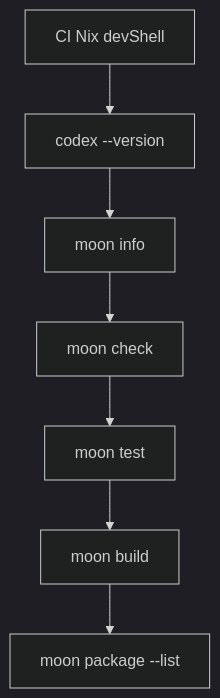
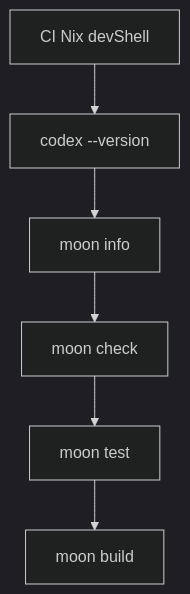
One commit to totto2727-org/codex-sdk changed the second of 2 diagrams in README.mbt.md. Above: the diagram before and after it, drawn with Mermaid (dark theme). The commit also changed other lines of this file and 1 other file, not shown here.

Commit message:
ci: remove package listing from checks

````diff
--- a/README.mbt.md
+++ b/README.mbt.md
@@ -148,9 +147,8 @@
 ```mermaid
 flowchart TD
   Shell[CI Nix devShell] --> Codex[codex --version]
   Codex --> Metadata[moon info]
   Metadata --> Check[moon check]
   Check --> Test[moon test]
   Test --> Build[moon build]
-  Build --> Package[moon package --list]
 ```
````
